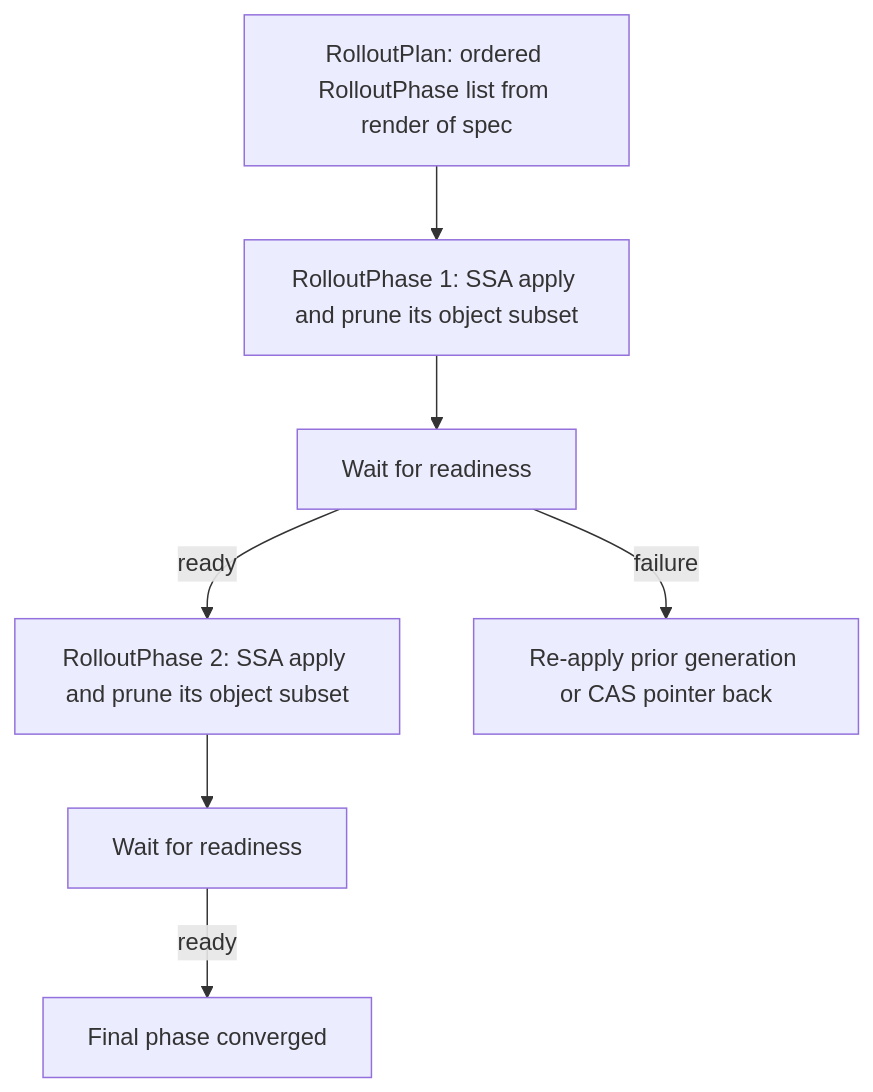
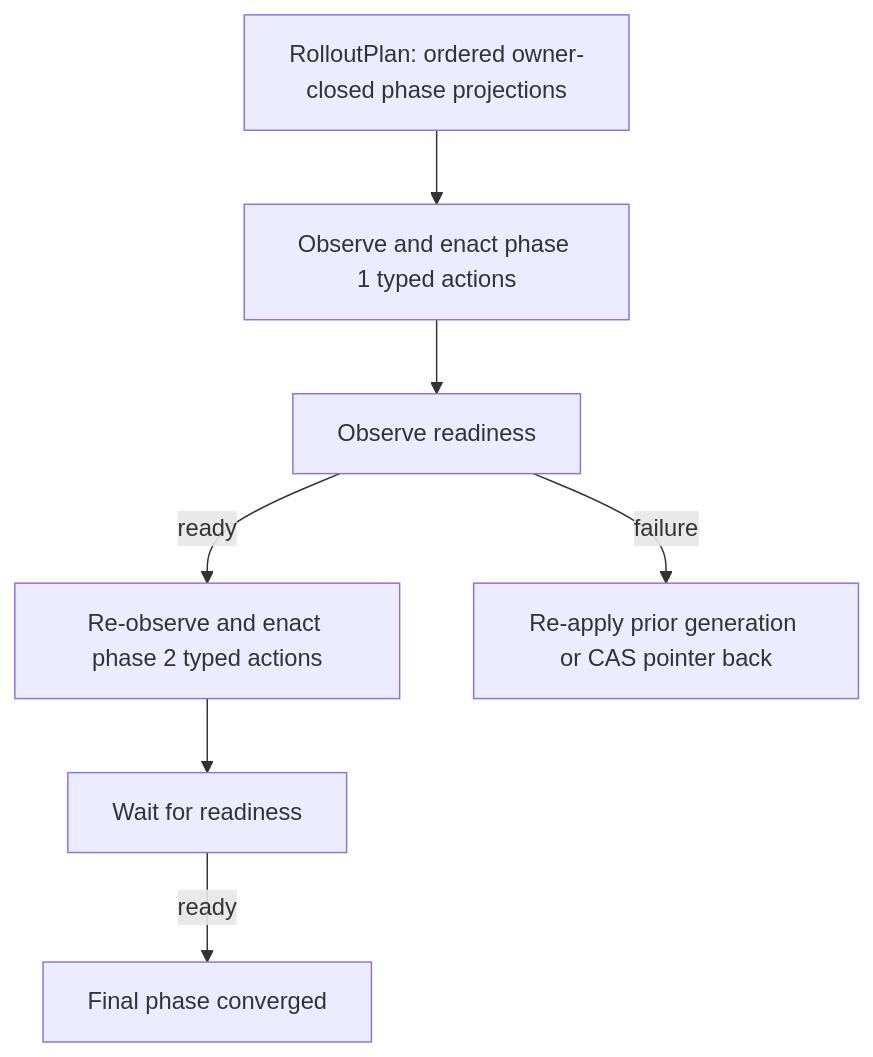
The third of 4 diagrams in documents/engineering/manifest_generation_doctrine.md (Tuee22/amoebius), drawn with Mermaid before and after one commit. The commit also changed other lines of this file and 87 other files, not shown here.

````diff
--- a/documents/engineering/manifest_generation_doctrine.md
+++ b/documents/engineering/manifest_generation_doctrine.md
@@ -306,9 +555,9 @@
 ```mermaid
 flowchart TD
-  plan[RolloutPlan: ordered RolloutPhase list from render of spec] --> p1[RolloutPhase 1: SSA apply and prune its object subset]
-  p1 --> g1[Wait for readiness]
-  g1 -->|ready| p2[RolloutPhase 2: SSA apply and prune its object subset]
+  plan[RolloutPlan: ordered owner-closed phase projections] --> p1[Observe and enact phase 1 typed actions]
+  p1 --> g1[Observe readiness]
+  g1 -->|ready| p2[Re-observe and enact phase 2 typed actions]
   p2 --> g2[Wait for readiness]
   g2 -->|ready| pn[Final phase converged]
   g1 -->|failure| rb[Re-apply prior generation or CAS pointer back]
 ```
````
